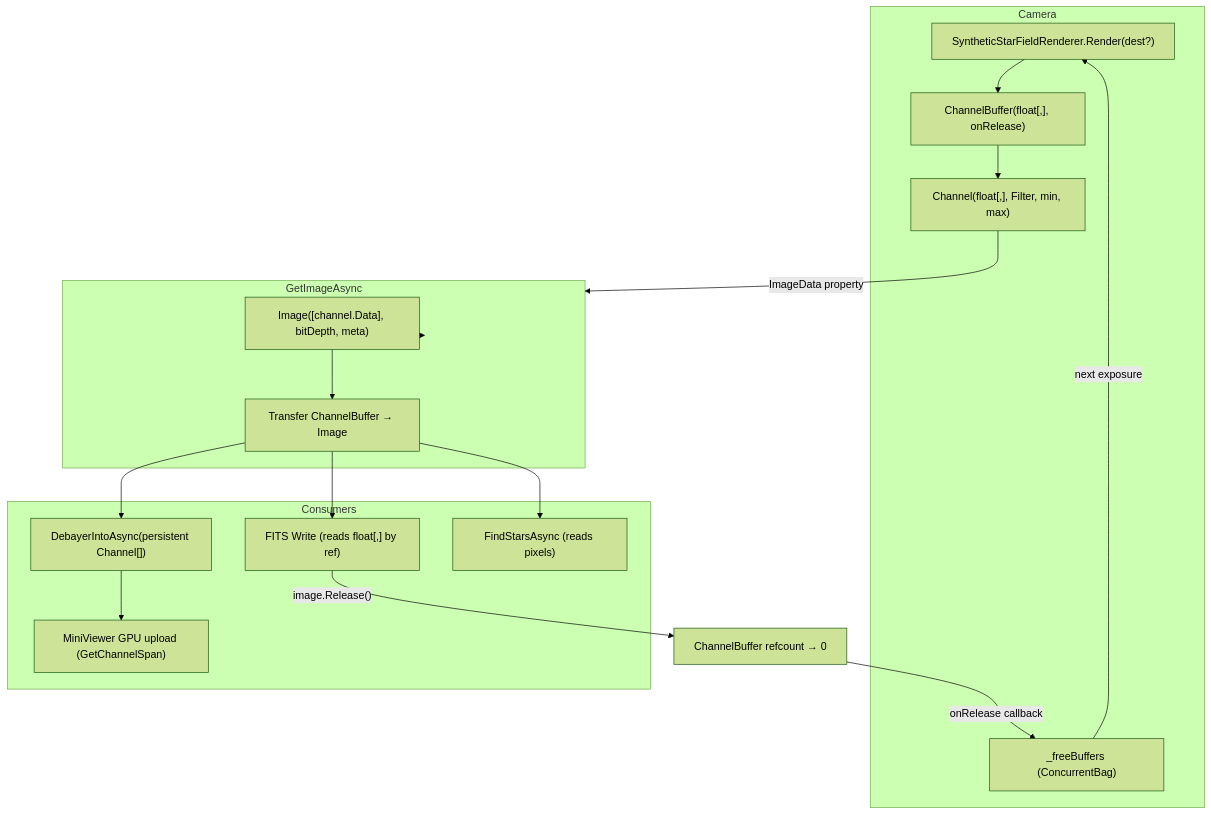
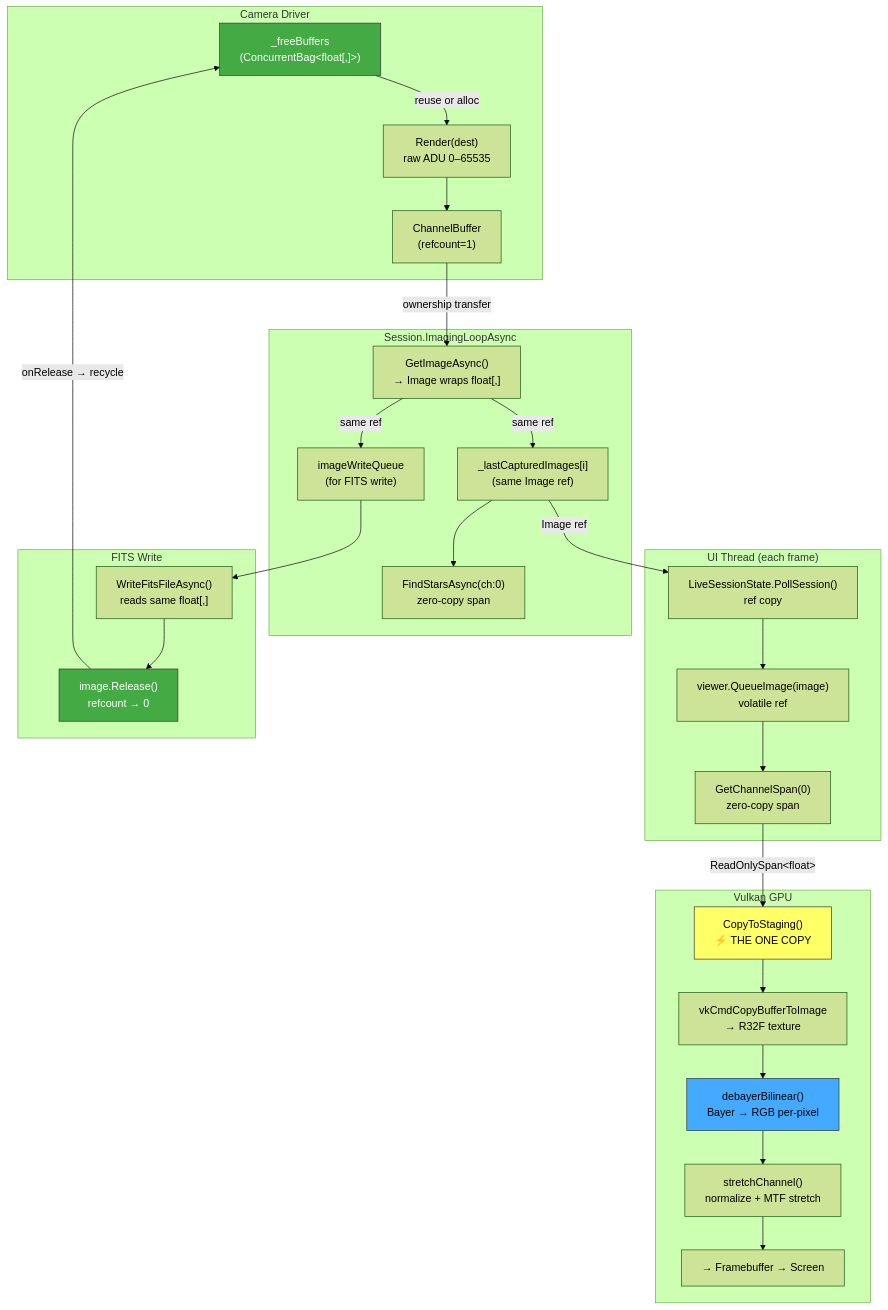
The second of 2 diagrams in README.md (SharpAstro/tianwen), drawn with Mermaid (forest theme) before and after one commit. The commit also changed other lines of this file, not shown here.

Commit message:
Update README: GPU debayer pipeline diagram, remove stale CPU debayer refs

````diff
--- a/README.md
+++ b/README.md
@@ -175,36 +177,57 @@
 ```mermaid
 flowchart TD
-    subgraph Camera
-        Render["SyntheticStarFieldRenderer.Render(dest?)"]
-        CB["ChannelBuffer(float[,], onRelease)"]
-        CH["Channel(float[,], Filter, min, max)"]
-        Free["_freeBuffers (ConcurrentBag)"]
+    subgraph Camera["Camera Driver"]
+        Free["_freeBuffers\n(ConcurrentBag&lt;float[,]&gt;)"]
+        Render["Render(dest)\nraw ADU 0–65535"]
+        CB["ChannelBuffer\n(refcount=1)"]
     end
 
-    subgraph GetImageAsync
-        IMG["Image([channel.Data], bitDepth, meta)"]
-        Transfer["Transfer ChannelBuffer → Image"]
+    subgraph Session["Session.ImagingLoopAsync"]
+        GIA["GetImageAsync()\n→ Image wraps float[,]"]
+        LAST["_lastCapturedImages[i]\n(same Image ref)"]
+        STARS["FindStarsAsync(ch:0)\nzero-copy span"]
+        QUEUE["imageWriteQueue\n(for FITS write)"]
     end
 
-    subgraph Consumers
-        FITS["FITS Write (reads float[,] by ref)"]
-        Debayer["DebayerIntoAsync(persistent Channel[])"]
-        Stars["FindStarsAsync (reads pixels)"]
-        Viewer["MiniViewer GPU upload (GetChannelSpan)"]
+    subgraph UI["UI Thread (each frame)"]
+        POLL["LiveSessionState.PollSession()\nref copy"]
+        QIMG["viewer.QueueImage(image)\nvolatile ref"]
+        SPAN["GetChannelSpan(0)\nzero-copy span"]
     end
 
+    subgraph GPU["Vulkan GPU"]
+        STAGE["CopyToStaging()\n⚡ THE ONE COPY"]
+        DMA["vkCmdCopyBufferToImage\n→ R32F texture"]
+        DEBAYER["debayerBilinear()\nBayer → RGB per-pixel"]
+        STRETCH["stretchChannel()\nnormalize + MTF stretch"]
+        SCREEN["→ Framebuffer → Screen"]
+    end
+
+    subgraph FITS["FITS Write"]
+        WRITE["WriteFitsFileAsync()\nreads same float[,]"]
+        REL["image.Release()\nrefcount → 0"]
+    end
+
+    Free -->|"reuse or alloc"| Render
     Render --> CB
-    CB --> CH
-    CH -->|"ImageData property"| GetImageAsync
-    GetImageAsync --> IMG
-    IMG --> Transfer
+    CB -->|"ownership transfer"| GIA
+    GIA -->|"same ref"| LAST
+    GIA -->|"same ref"| QUEUE
+    LAST --> STARS
+    LAST -->|"Image ref"| POLL
+    POLL --> QIMG
+    QIMG --> SPAN
+    SPAN -->|"ReadOnlySpan&lt;float&gt;"| STAGE
+    STAGE --> DMA
+    DMA --> DEBAYER
+    DEBAYER --> STRETCH
+    STRETCH --> SCREEN
+    QUEUE --> WRITE
+    WRITE --> REL
+    REL -->|"onRelease → recycle"| Free
 
-    Transfer --> FITS
-    Transfer --> Debayer
-    Transfer --> Stars
-    Debayer --> Viewer
-
-    FITS -->|"image.Release()"| Release["ChannelBuffer refcount → 0"]
-    Release -->|"onRelease callback"| Free
-    Free -->|"next exposure"| Render
+    style STAGE fill:#ff6,stroke:#333,color:#000
+    style DEBAYER fill:#4af,stroke:#333,color:#000
+    style Free fill:#4a4,stroke:#333,color:#fff
+    style REL fill:#4a4,stroke:#333,color:#fff
 ```
````
